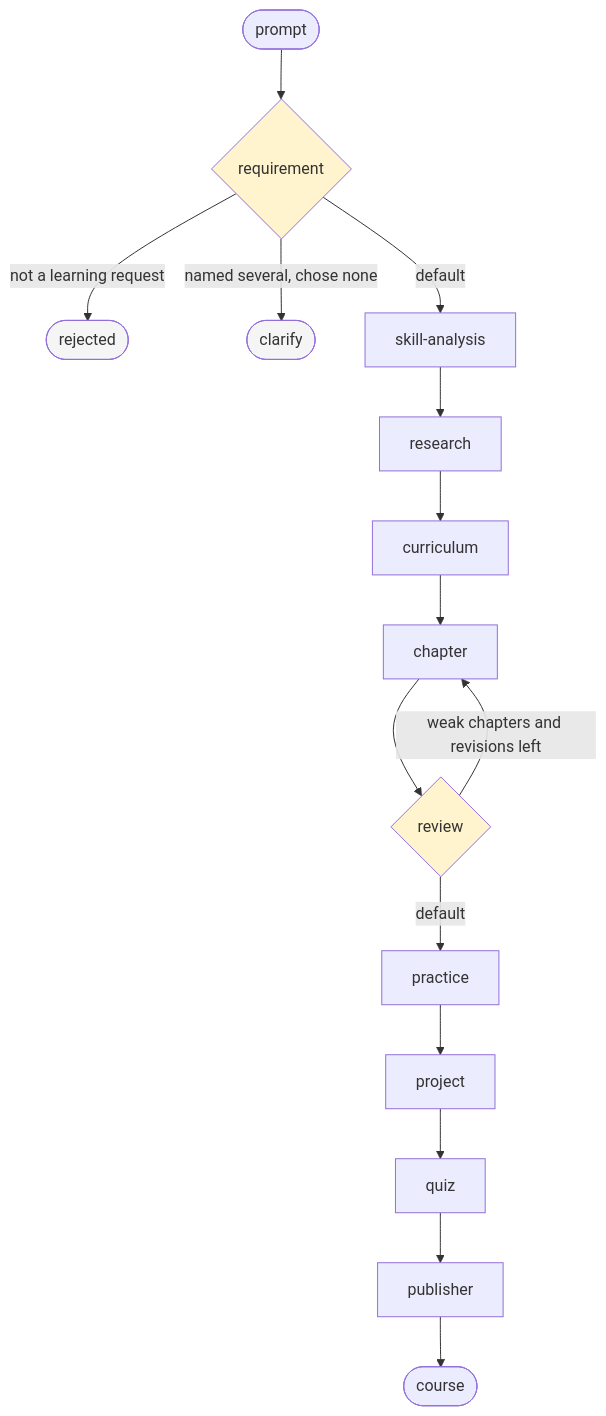
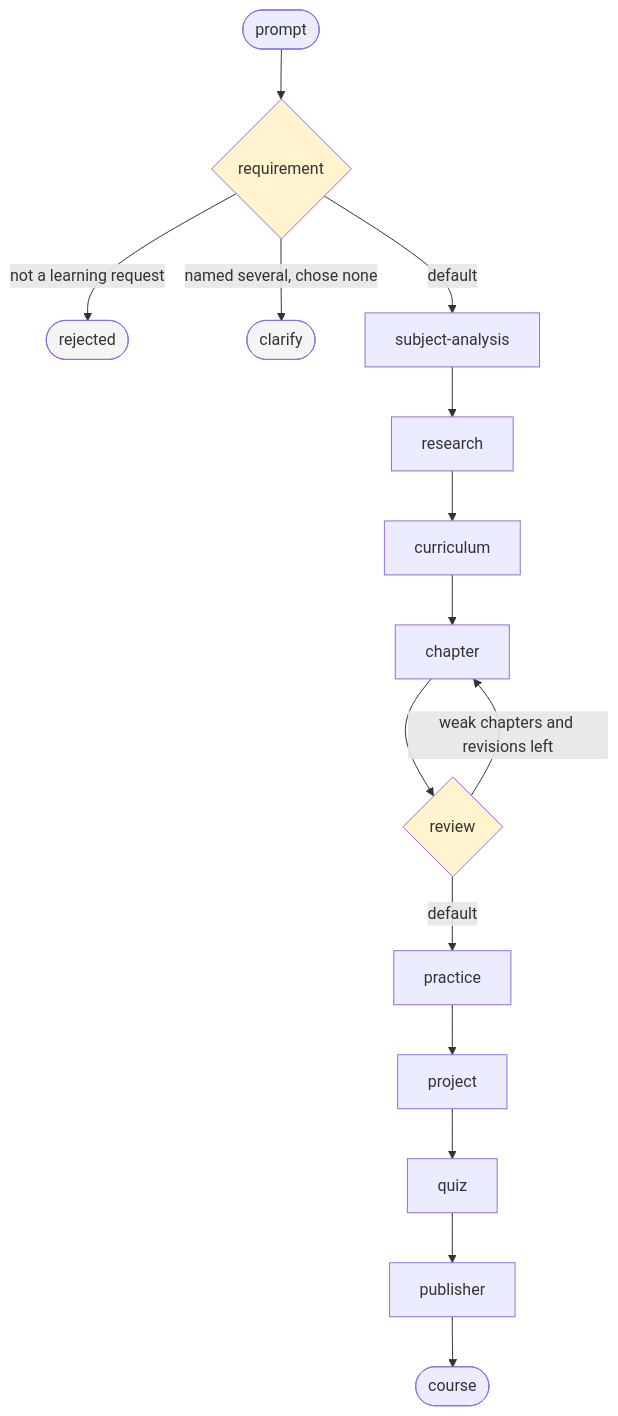
The third of 3 diagrams in docs/architecture.md (himanshuluciferr/LearnForgeAI), drawn with Mermaid before and after one commit. The commit also changed other lines of this file, not shown here.

First line of the commit message:
docs: bring the architecture doc back in line with the code

````diff
--- a/docs/architecture.md
+++ b/docs/architecture.md
@@ -140,22 +161,22 @@
 ```mermaid
 flowchart TD
     START([prompt]) --> REQ{requirement}
     REQ -->|not a learning request| REJ([rejected])
     REQ -->|named several, chose none| CLAR([clarify])
-    REQ -->|default| SKILL[skill-analysis]
+    REQ -->|default| SKILL[subject-analysis]
     SKILL --> RES[research]
     RES --> CUR[curriculum]
     CUR --> CH[chapter]
     CH --> REV{review}
     REV -->|weak chapters and revisions left| CH
     REV -->|default| PRAC[practice]
     PRAC --> PROJ[project]
     PROJ --> QUIZ[quiz]
     QUIZ --> PUB[publisher]
     PUB --> DONE([course])
 
     style REJ fill:#f5f5f5
     style CLAR fill:#f5f5f5
     style REQ fill:#fff4ce
     style REV fill:#fff4ce
 ```
````
